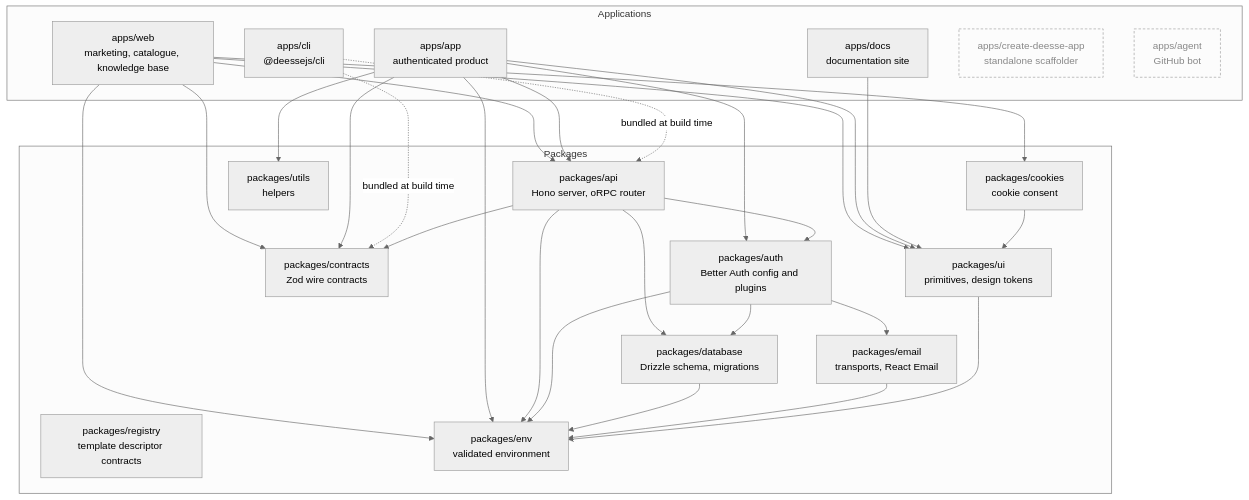
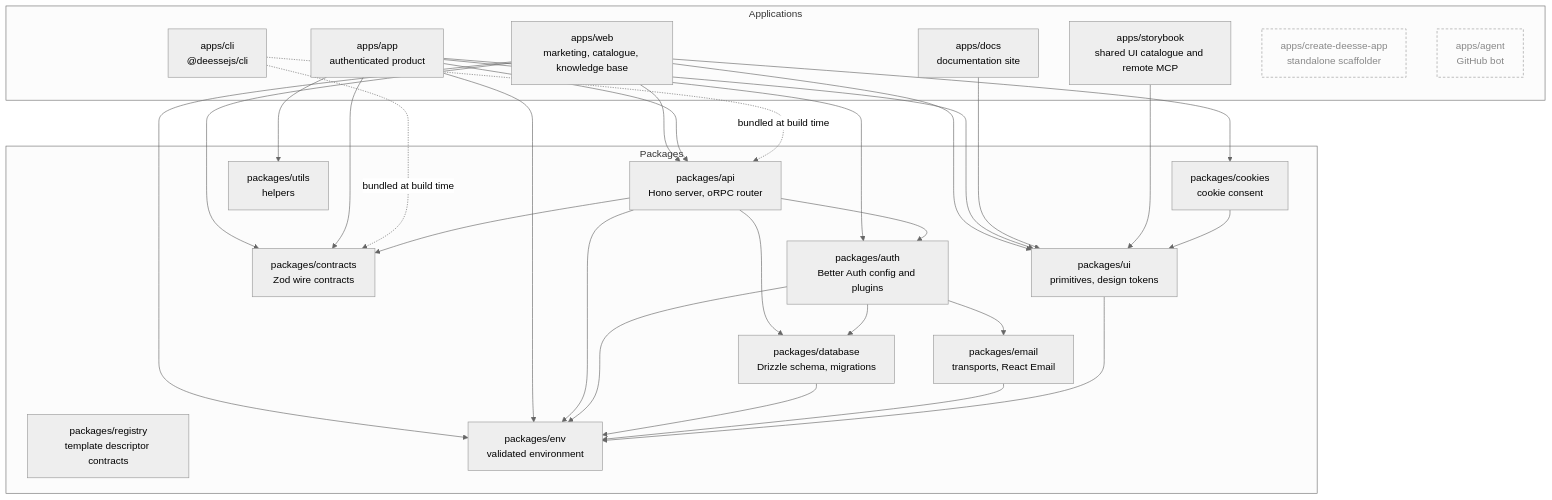
Before and after one commit to deessejs/deessejs: the diagram in WORKSPACES.md, drawn with Mermaid (neutral theme). The commit also changed 47 other files, not shown here.

Commit message:
feat(storybook): add public UI catalog and remote MCP

````diff
--- a/WORKSPACES.md
+++ b/WORKSPACES.md
@@ -9,59 +9,61 @@
 ```mermaid
 graph TD
   subgraph APP["Applications"]
     WEB["apps/web<br/>marketing, catalogue, knowledge base"]
     APPAPP["apps/app<br/>authenticated product"]
     DOCS["apps/docs<br/>documentation site"]
+    STORYBOOK["apps/storybook<br/>shared UI catalogue and remote MCP"]
     CLI["apps/cli<br/>@deessejs/cli"]
     CDA["apps/create-deesse-app<br/>standalone scaffolder"]
     AGENT["apps/agent<br/>GitHub bot"]
   end
 
   subgraph PKG["Packages"]
     API["packages/api<br/>Hono server, oRPC router"]
     AUTH["packages/auth<br/>Better Auth config and plugins"]
     DB["packages/database<br/>Drizzle schema, migrations"]
     CONTRACTS["packages/contracts<br/>Zod wire contracts"]
     REGISTRY["packages/registry<br/>template descriptor contracts"]
     EMAIL["packages/email<br/>transports, React Email"]
     UI["packages/ui<br/>primitives, design tokens"]
     ENV["packages/env<br/>validated environment"]
     COOKIES["packages/cookies<br/>cookie consent"]
     UTILS["packages/utils<br/>helpers"]
   end
 
   WEB --> API
   WEB --> CONTRACTS
   WEB --> ENV
   WEB --> UI
   WEB --> COOKIES
 
   APPAPP --> API
   APPAPP --> AUTH
   APPAPP --> CONTRACTS
   APPAPP --> ENV
   APPAPP --> UI
   APPAPP --> UTILS
 
   DOCS --> UI
+  STORYBOOK --> UI
 
   CLI -. "bundled at build time" .-> API
   CLI -. "bundled at build time" .-> CONTRACTS
 
   API --> AUTH
   API --> CONTRACTS
   API --> DB
   API --> ENV
 
   AUTH --> DB
   AUTH --> EMAIL
   AUTH --> ENV
 
   DB --> ENV
   EMAIL --> ENV
   UI --> ENV
   COOKIES --> UI
 
   classDef standalone fill:none,stroke-dasharray:4 3,stroke-width:1px,color:#888
   class CDA,AGENT standalone
 ```
````
